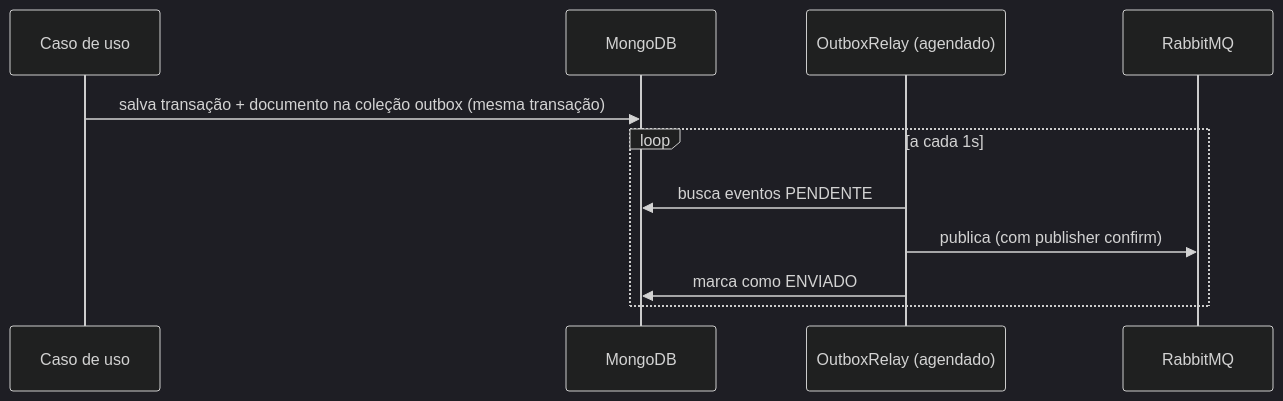
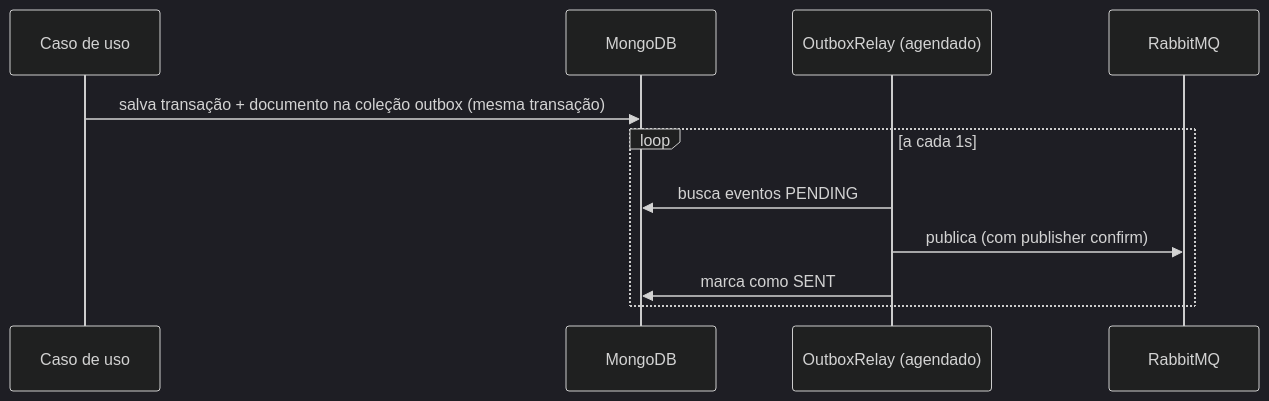
One commit to DiiOliiver/finance-api changed the fifth of 6 diagrams in docs/arquitetura.md. Above: the diagram before and after it, drawn with Mermaid (dark theme). The commit also changed other lines of this file and 13 other files, not shown here.

````diff
--- a/docs/arquitetura.md
+++ b/docs/arquitetura.md
@@ -312,14 +312,14 @@
 ```mermaid
 sequenceDiagram
     participant UC as Caso de uso
     participant DB as MongoDB
     participant OB as OutboxRelay (agendado)
     participant MQ as RabbitMQ
 
     UC->>DB: salva transação + documento na coleção outbox (mesma transação)
     loop a cada 1s
-        OB->>DB: busca eventos PENDENTE
+        OB->>DB: busca eventos PENDING
         OB->>MQ: publica (com publisher confirm)
-        OB->>DB: marca como ENVIADO
+        OB->>DB: marca como SENT
     end
 ```
````
